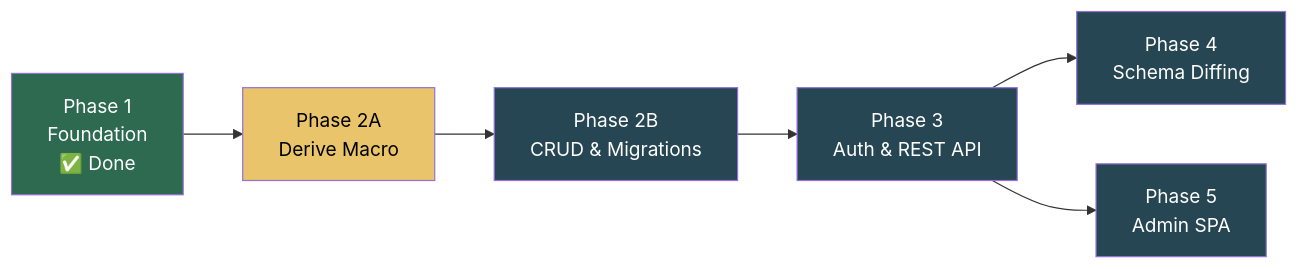
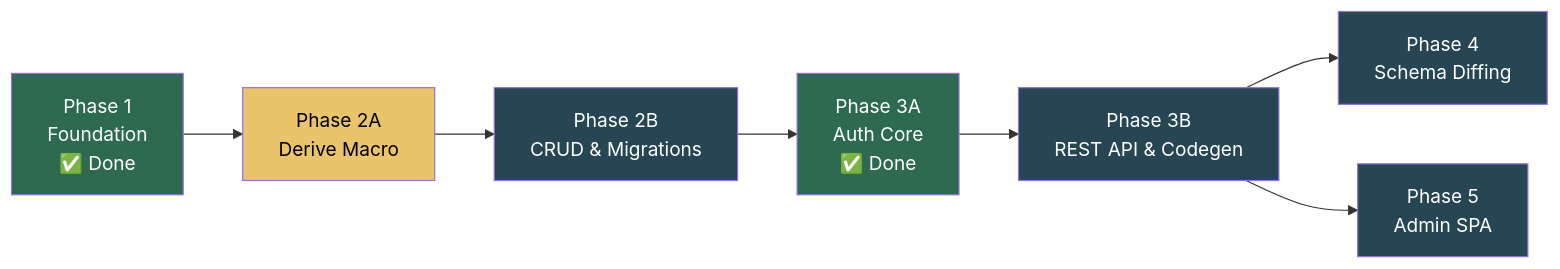
The second of 2 diagrams in roadmap.md (wends155/brom), drawn with Mermaid before and after one commit. The commit also changed other lines of this file and 1 other file, not shown here.

Commit message:
docs: formally split Phase 3 into 3A and 3B in roadmap

````diff
--- a/roadmap.md
+++ b/roadmap.md
@@ -70,22 +72,25 @@
 ```mermaid
 graph LR
     P1["Phase 1<br/>Foundation<br/>✅ Done"]
     P2A["Phase 2A<br/>Derive Macro"]
     P2B["Phase 2B<br/>CRUD & Migrations"]
-    P3["Phase 3<br/>Auth & REST API"]
+    P3A["Phase 3A<br/>Auth Core<br/>✅ Done"]
+    P3B["Phase 3B<br/>REST API & Codegen"]
     P4["Phase 4<br/>Schema Diffing"]
     P5["Phase 5<br/>Admin SPA"]
 
     P1 --> P2A
     P2A --> P2B
-    P2B --> P3
-    P3 --> P4
-    P3 --> P5
+    P2B --> P3A
+    P3A --> P3B
+    P3B --> P4
+    P3B --> P5
 
     style P1 fill:#2d6a4f,color:#fff
     style P2A fill:#e9c46a,color:#000
     style P2B fill:#264653,color:#fff
-    style P3 fill:#264653,color:#fff
+    style P3A fill:#2d6a4f,color:#fff
+    style P3B fill:#264653,color:#fff
     style P4 fill:#264653,color:#fff
     style P5 fill:#264653,color:#fff
 ```
````
